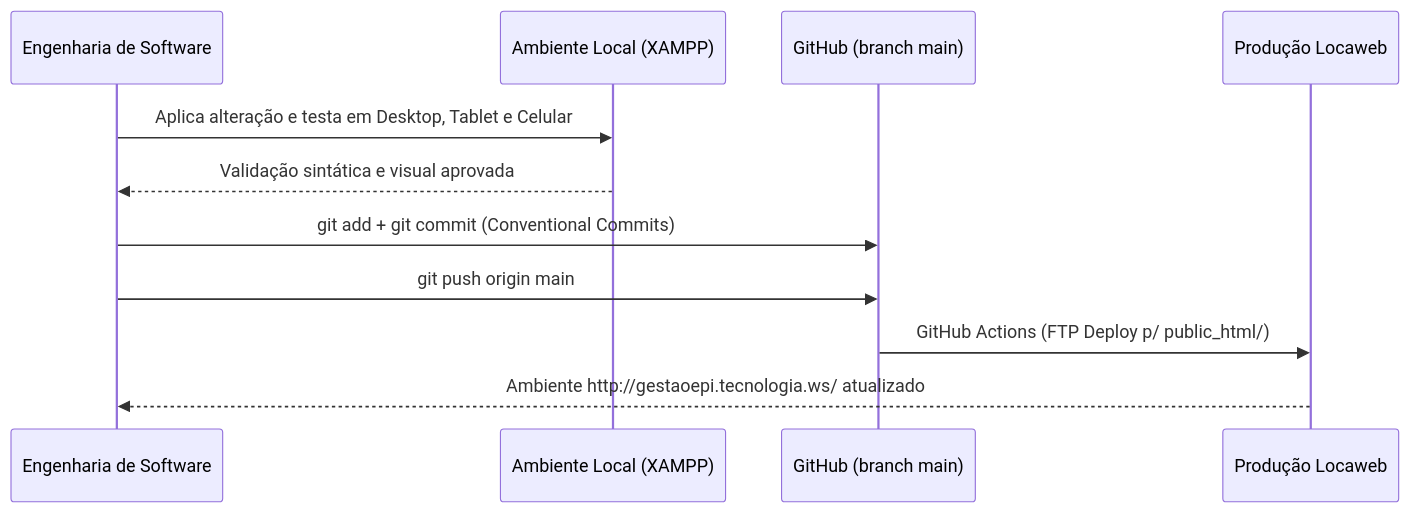
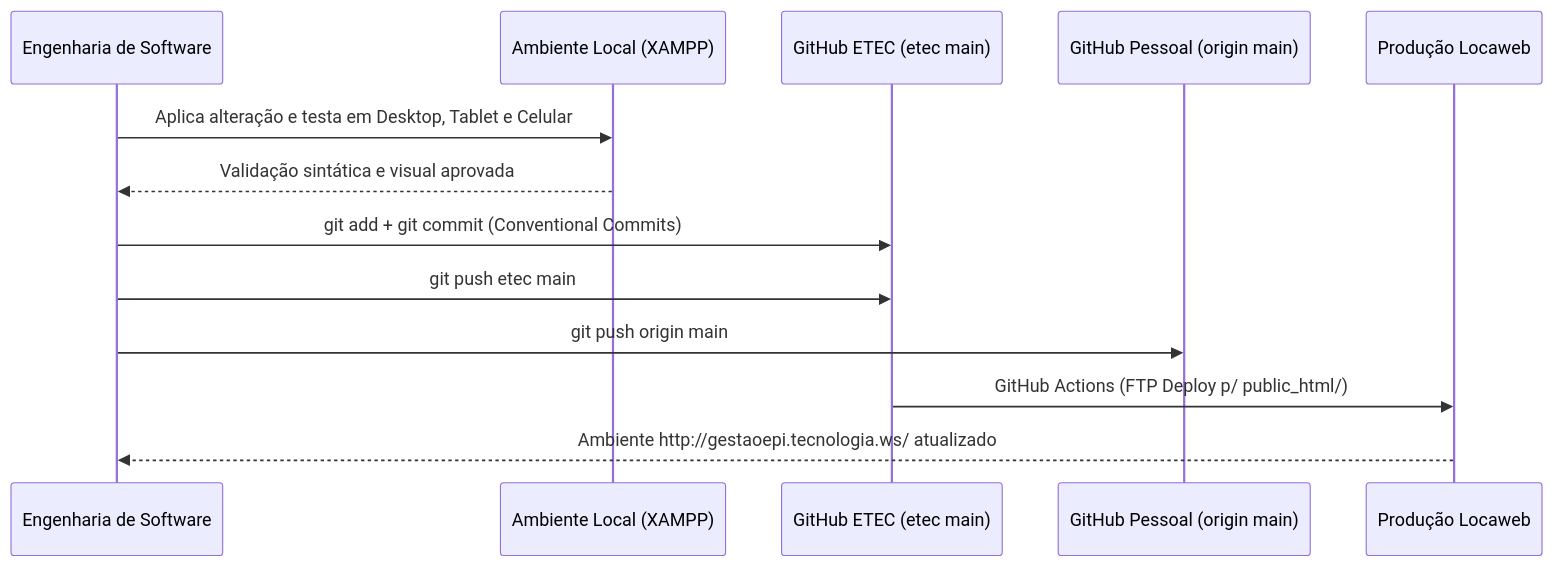
The third of 3 diagrams in docs/FLUXOS_OPERACIONAIS_E_CASOS_DE_USO.md (projetoEtec26/gestao_epi_web), drawn with Mermaid before and after one commit. The commit also changed other lines of this file and 8 other files, not shown here.

````diff
--- a/docs/FLUXOS_OPERACIONAIS_E_CASOS_DE_USO.md
+++ b/docs/FLUXOS_OPERACIONAIS_E_CASOS_DE_USO.md
@@ -111,14 +111,16 @@
 ```mermaid
 sequenceDiagram
     participant Eng as Engenharia de Software
     participant XAMPP as Ambiente Local (XAMPP)
-    participant Git as GitHub (branch main)
+    participant Etec as GitHub ETEC (etec main)
+    participant Mirror as GitHub Pessoal (origin main)
     participant Prod as Produção Locaweb
 
     Eng->>XAMPP: Aplica alteração e testa em Desktop, Tablet e Celular
     XAMPP-->>Eng: Validação sintática e visual aprovada
-    Eng->>Git: git add + git commit (Conventional Commits)
-    Eng->>Git: git push origin main
-    Git->>Prod: GitHub Actions (FTP Deploy p/ public_html/)
+    Eng->>Etec: git add + git commit (Conventional Commits)
+    Eng->>Etec: git push etec main
+    Eng->>Mirror: git push origin main
+    Etec->>Prod: GitHub Actions (FTP Deploy p/ public_html/)
     Prod-->>Eng: Ambiente http://gestaoepi.tecnologia.ws/ atualizado
 ```
````
